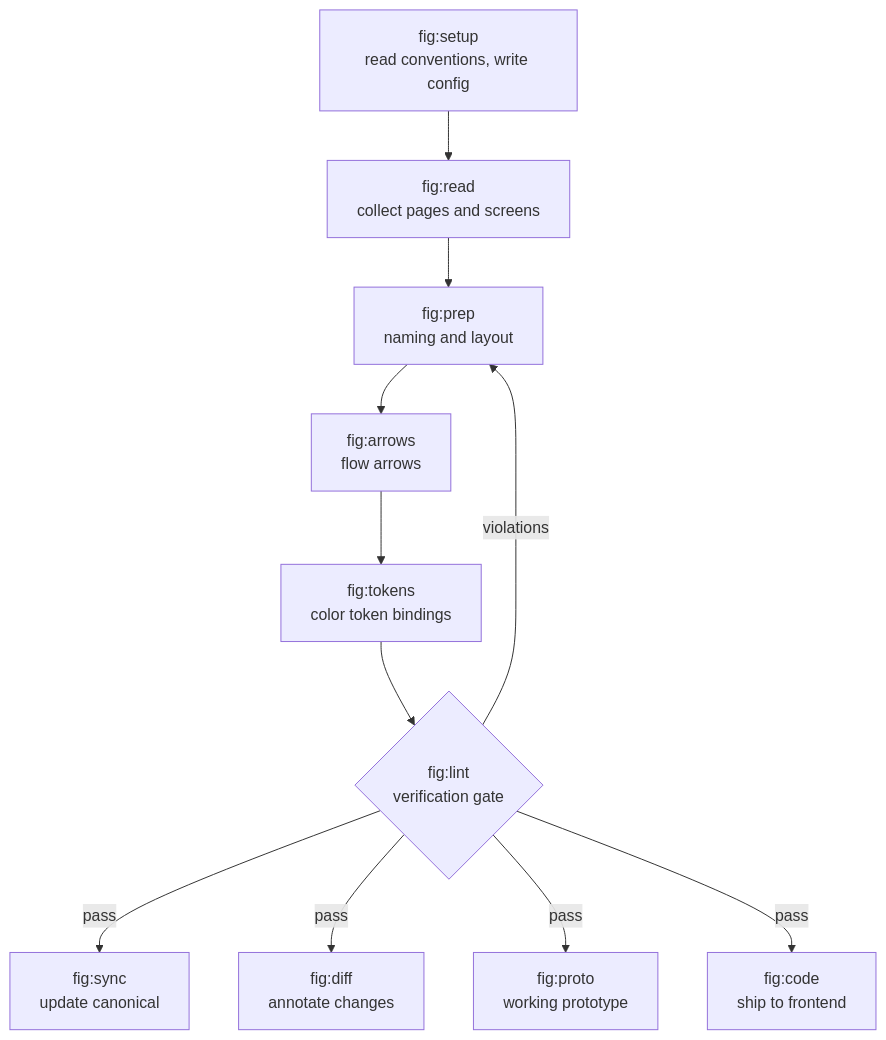
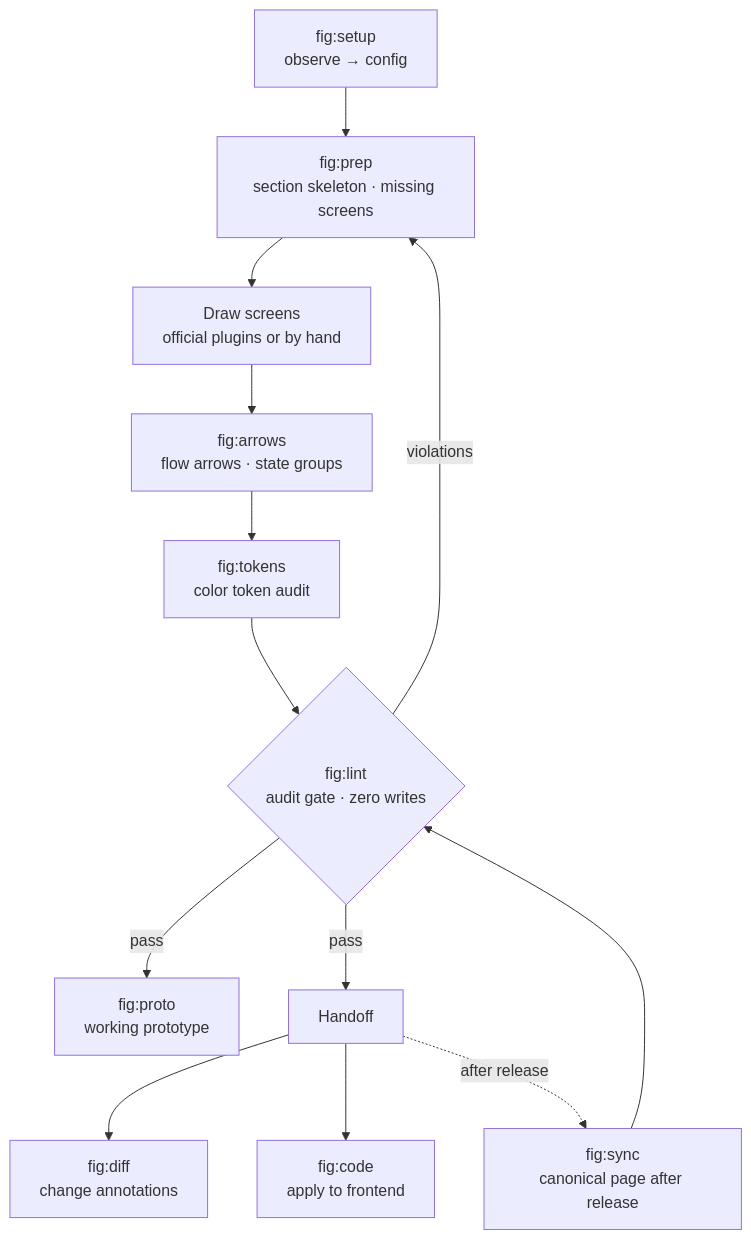
The diagram in README.en.md (byjunyoung/claude-figma-skills), drawn with Mermaid before and after one commit. The commit also changed other lines of this file, not shown here.

````diff
--- a/README.en.md
+++ b/README.en.md
@@ -37,20 +113,23 @@
 ```mermaid
 flowchart TD
-    setup["fig:setup<br/>read conventions, write config"]
-    read["fig:read<br/>collect pages and screens"]
-    prep["fig:prep<br/>naming and layout"]
-    arrows["fig:arrows<br/>flow arrows"]
-    tokens["fig:tokens<br/>color token bindings"]
-    lint{"fig:lint<br/>verification gate"}
-    sync["fig:sync<br/>update canonical"]
-    diff["fig:diff<br/>annotate changes"]
+    setup["fig:setup<br/>observe → config"]
+    prep["fig:prep<br/>section skeleton · missing screens"]
+    draw["Draw screens<br/>official plugins or by hand"]
+    arrows["fig:arrows<br/>flow arrows · state groups"]
+    tokens["fig:tokens<br/>color token audit"]
+    lint{"fig:lint<br/>audit gate · zero writes"}
     proto["fig:proto<br/>working prototype"]
-    code["fig:code<br/>ship to frontend"]
+    handoff["Handoff"]
+    diff["fig:diff<br/>change annotations"]
+    code["fig:code<br/>apply to frontend"]
+    sync["fig:sync<br/>canonical page after release"]
 
-    setup --> read --> prep --> arrows --> tokens --> lint
+    setup --> prep --> draw --> arrows --> tokens --> lint
     lint -- violations --> prep
-    lint -- pass --> sync
-    lint -- pass --> diff
     lint -- pass --> proto
-    lint -- pass --> code
+    lint -- pass --> handoff
+    handoff --> diff
+    handoff --> code
+    handoff -. after release .-> sync
+    sync --> lint
 ```
````
